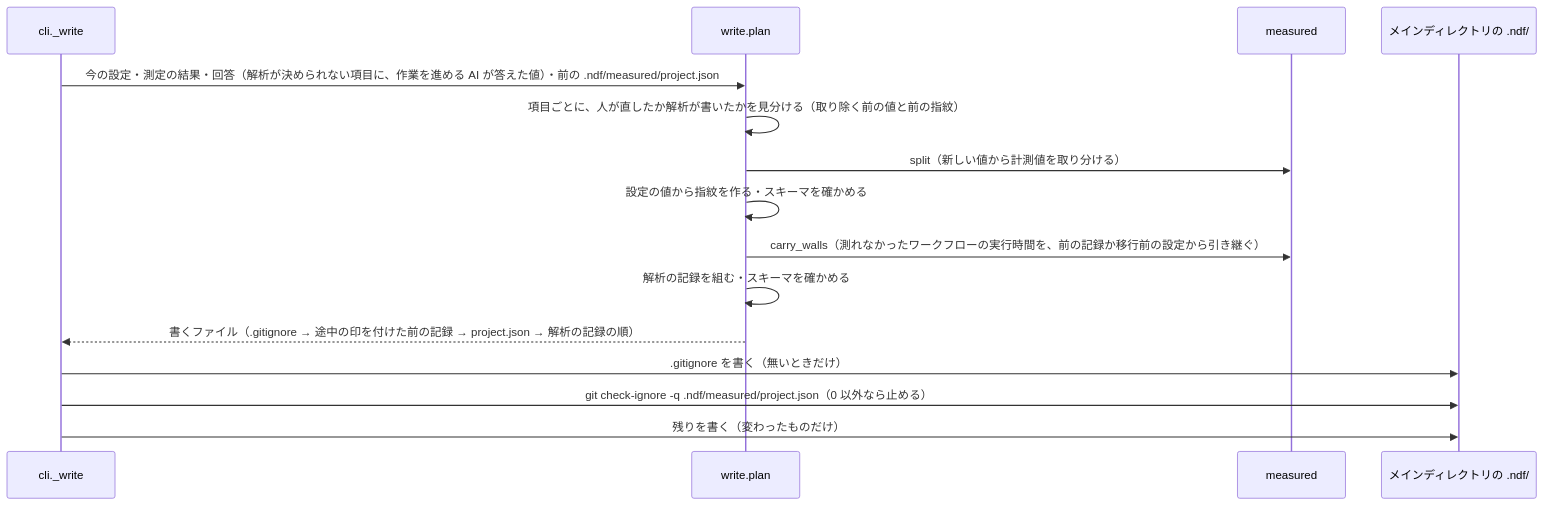
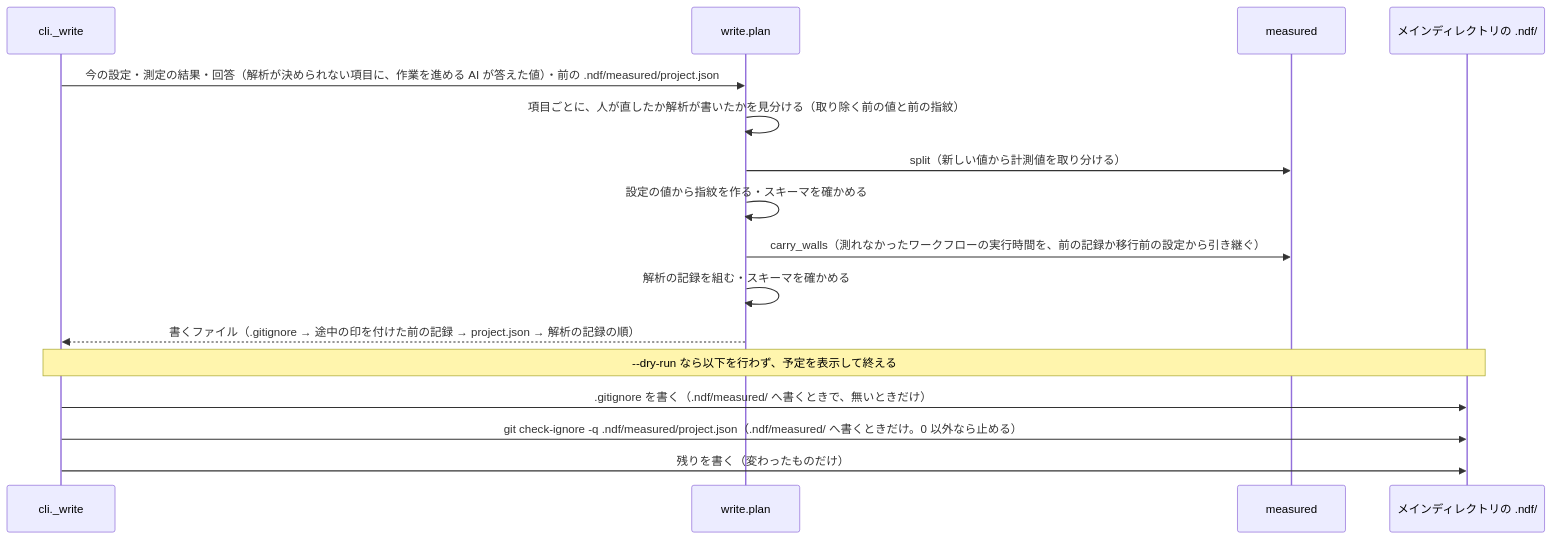
One commit to devbasex/ai-plugins changed the third of 3 diagrams in issues/issue-4516-design.md. Above: the diagram before and after it, drawn with Mermaid. The commit also changed other lines of this file and 1 other file, not shown here.

````diff
--- a/issues/issue-4516-design.md
+++ b/issues/issue-4516-design.md
@@ -155,17 +166,18 @@
 ```mermaid
 sequenceDiagram
   participant CLI as cli._write
   participant W as write.plan
   participant MS as measured
   participant FS as メインディレクトリの .ndf/
   CLI->>W: 今の設定・測定の結果・回答（解析が決められない項目に、作業を進める AI が答えた値）・前の .ndf/measured/project.json
   W->>W: 項目ごとに、人が直したか解析が書いたかを見分ける（取り除く前の値と前の指紋）
   W->>MS: split（新しい値から計測値を取り分ける）
   W->>W: 設定の値から指紋を作る・スキーマを確かめる
   W->>MS: carry_walls（測れなかったワークフローの実行時間を、前の記録か移行前の設定から引き継ぐ）
   W->>W: 解析の記録を組む・スキーマを確かめる
   W-->>CLI: 書くファイル（.gitignore → 途中の印を付けた前の記録 → project.json → 解析の記録の順）
-  CLI->>FS: .gitignore を書く（無いときだけ）
-  CLI->>FS: git check-ignore -q .ndf/measured/project.json（0 以外なら止める）
+  Note over CLI,FS: --dry-run なら以下を行わず、予定を表示して終える
+  CLI->>FS: .gitignore を書く（.ndf/measured/ へ書くときで、無いときだけ）
+  CLI->>FS: git check-ignore -q .ndf/measured/project.json（.ndf/measured/ へ書くときだけ。0 以外なら止める）
   CLI->>FS: 残りを書く（変わったものだけ）
 ```
````
